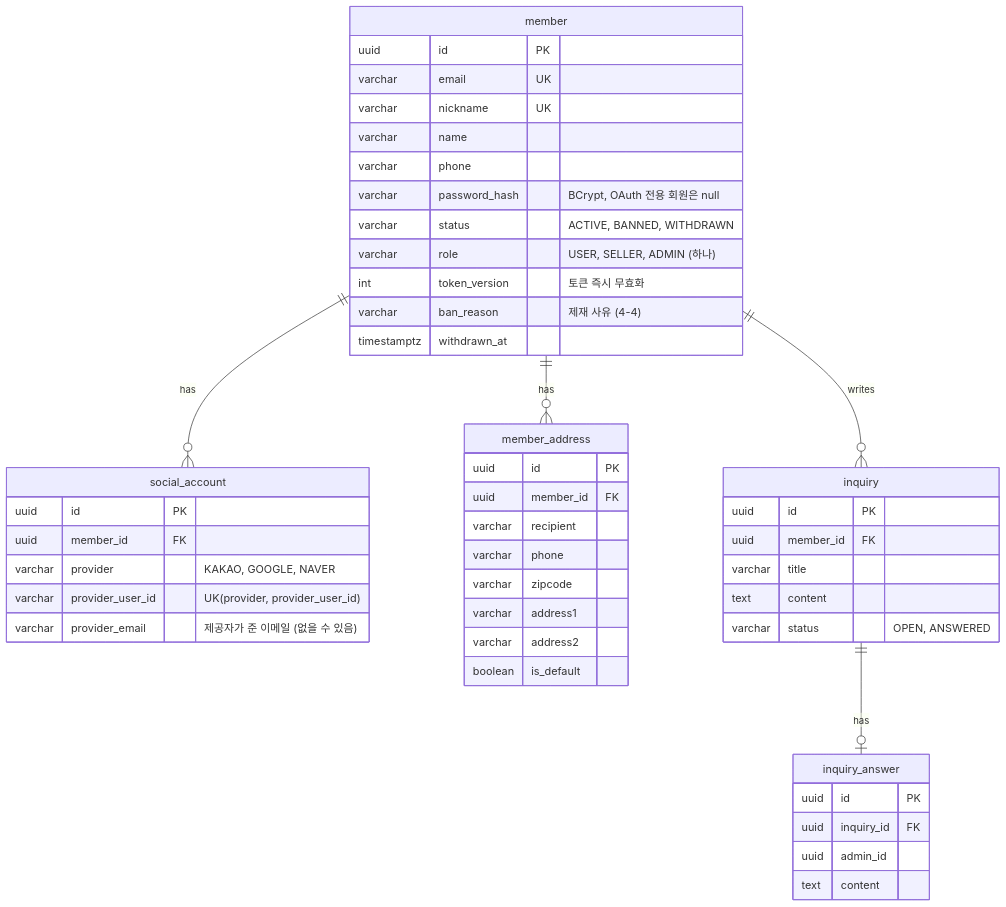
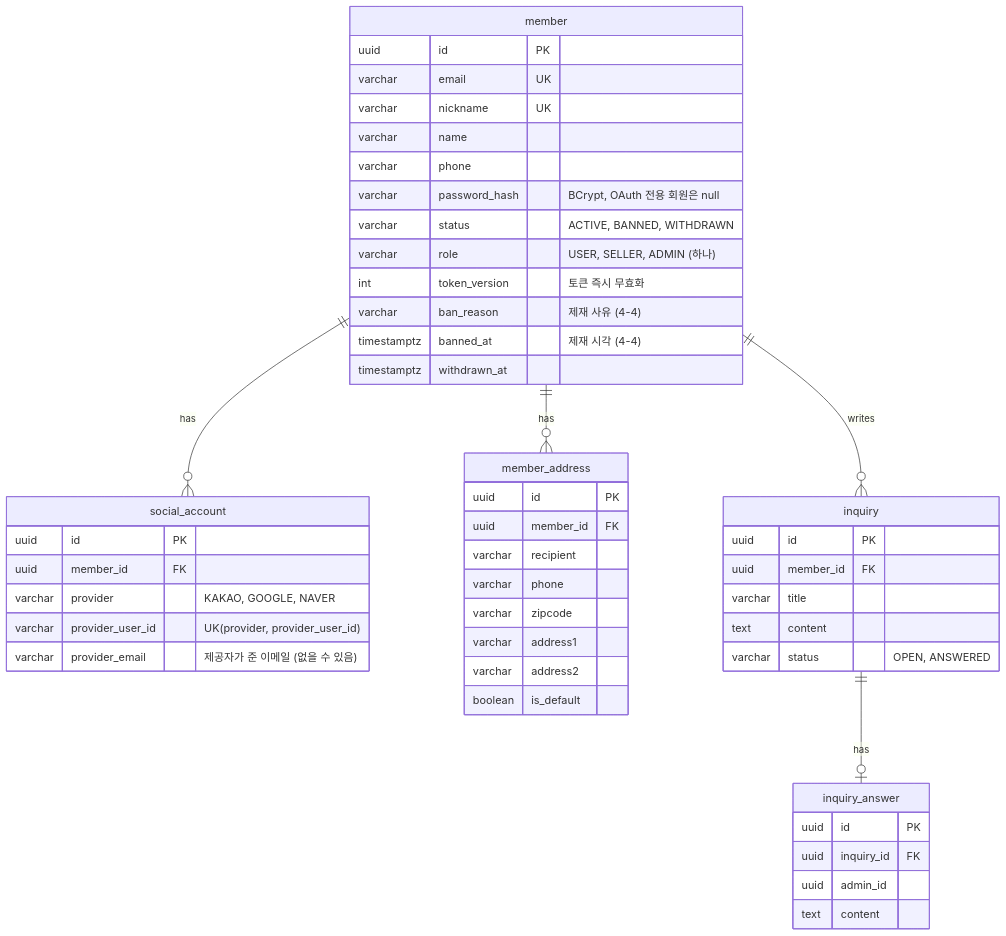
Before and after one commit to 95twan/myroutine-v2: the first of 10 diagrams in docs/02-design/03-erd.md, drawn with Mermaid. The commit also changed other lines of this file and 58 other files, not shown here.

````diff
--- a/docs/02-design/03-erd.md
+++ b/docs/02-design/03-erd.md
@@ -25,50 +26,51 @@
 ```mermaid
 erDiagram
   member ||--o{ social_account : has
   member ||--o{ member_address : has
   member ||--o{ inquiry : writes
   inquiry ||--o| inquiry_answer : has
   member {
     uuid id PK
     varchar email UK
     varchar nickname UK
     varchar name
     varchar phone
     varchar password_hash "BCrypt, OAuth 전용 회원은 null"
     varchar status "ACTIVE, BANNED, WITHDRAWN"
     varchar role "USER, SELLER, ADMIN (하나)"
     int token_version "토큰 즉시 무효화"
     varchar ban_reason "제재 사유 (4-4)"
+    timestamptz banned_at "제재 시각 (4-4)"
     timestamptz withdrawn_at
   }
   social_account {
     uuid id PK
     uuid member_id FK
     varchar provider "KAKAO, GOOGLE, NAVER"
     varchar provider_user_id "UK(provider, provider_user_id)"
     varchar provider_email "제공자가 준 이메일 (없을 수 있음)"
   }
   member_address {
     uuid id PK
     uuid member_id FK
     varchar recipient
     varchar phone
     varchar zipcode
     varchar address1
     varchar address2
     boolean is_default
   }
   inquiry {
     uuid id PK
     uuid member_id FK
     varchar title
     text content
     varchar status "OPEN, ANSWERED"
   }
   inquiry_answer {
     uuid id PK
     uuid inquiry_id FK
     uuid admin_id
     text content
   }
 ```
````
